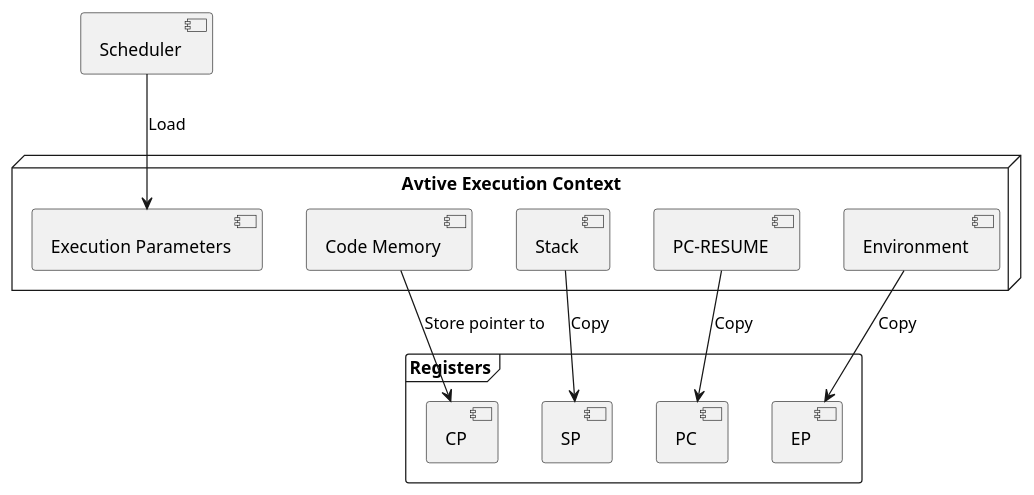
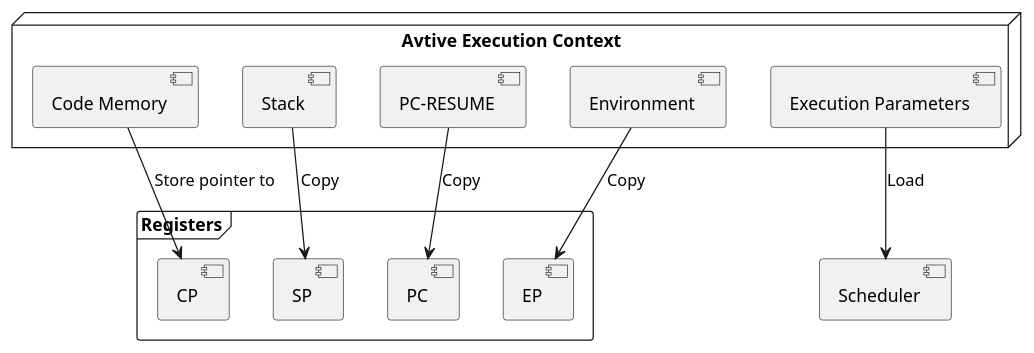
Before and after one commit to SynchronVM/SynchronVM: the second of 2 diagrams in spec/architecture.md, drawn with PlantUML. The commit also changed other lines of this file, not shown here.

Commit message:
tweak architecture

````diff
--- a/spec/architecture.md
+++ b/spec/architecture.md
@@ -53,28 +74,27 @@
 ```plantuml
 
 	frame "Registers" { 
 		[PC] 
 	    [SP] 
 		[CP]
 		[EP]
 		
 	}
 	
 	[Scheduler]
 
 	node "Avtive Execution Context" { 
 		[Code Memory] 
 		[Stack]
 		[PC-RESUME]
 		[Environment]
 		[Execution Parameters]
 	}
 
     [PC-RESUME] --> [PC] : Copy
 	[Stack] --> [SP] : Copy
 	[Environment] --> [EP] : Copy
 	[Code Memory] --> [CP] : Store pointer to
-	[Scheduler] --> [Execution Parameters] : Load
+	[Execution Parameters] --> [Scheduler] : Load
 	
-
 ``` 
````
